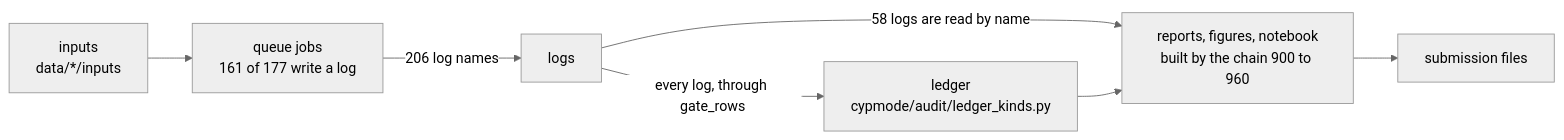
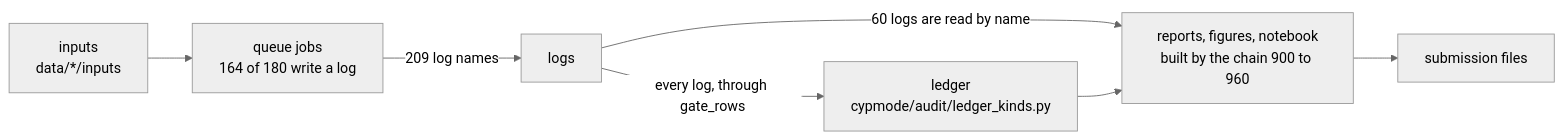
The diagram in docs/map/dataflow.md (mohamedtalaat-gif/CYPMode), drawn with Mermaid (neutral theme) before and after one commit. The commit also changed other lines of this file and 55 other files, not shown here.

````diff
--- a/docs/map/dataflow.md
+++ b/docs/map/dataflow.md
@@ -5,9 +5,9 @@
 ```mermaid
 flowchart LR
   inputs["inputs<br/>data/*/inputs"] --> jobs
-  jobs["queue jobs<br/>161 of 177 write a log"] -->|"206 log names"| logs["logs"]
+  jobs["queue jobs<br/>164 of 180 write a log"] -->|"209 log names"| logs["logs"]
   logs -->|"every log, through gate_rows"| ledger["ledger<br/>cypmode/audit/ledger_kinds.py"]
-  logs -->|"58 logs are read by name"| reports
+  logs -->|"60 logs are read by name"| reports
   ledger --> reports["reports, figures, notebook<br/>built by the chain 900 to 960"]
   reports --> submissions["submission files"]
 ```
````
